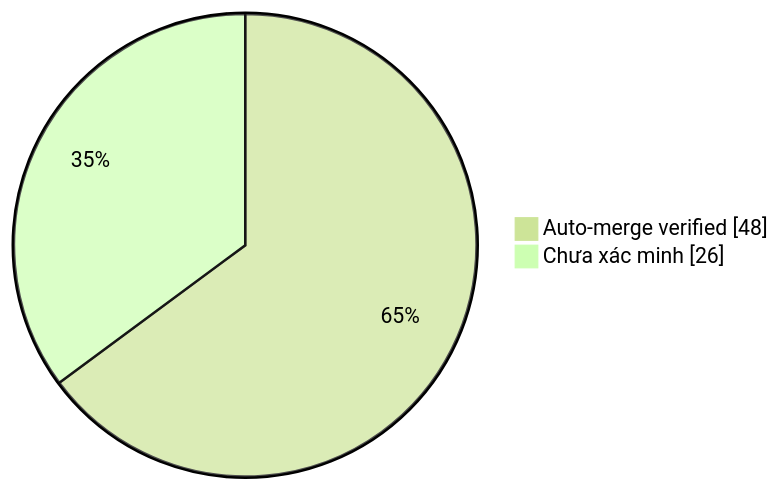
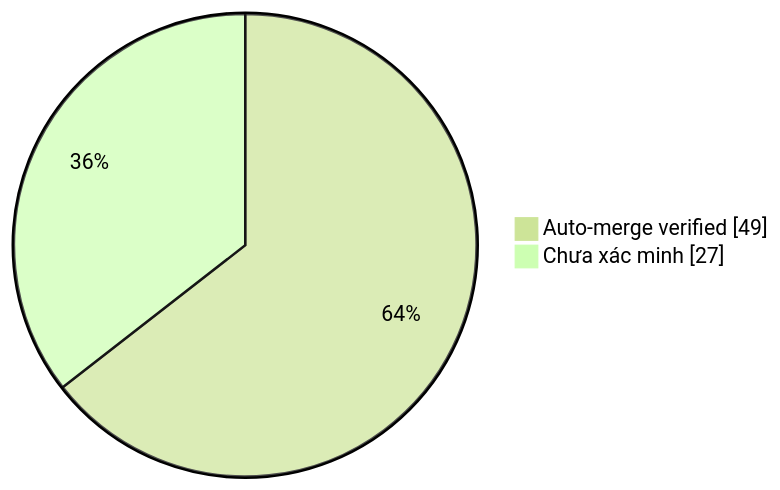
The diagram in collector.md (duykhang68/tetdinhmuiblog), drawn with Mermaid (forest theme) before and after one commit. The commit also changed other lines of this file and 1 other file, not shown here.

Commit message:
docs(collector): update auto-merge evidence dashboard

````diff
--- a/collector.md
+++ b/collector.md
@@ -22,5 +22,5 @@
 ```mermaid
 pie showData
-    "Auto-merge verified" : 48
-    "Chưa xác minh" : 26
+    "Auto-merge verified" : 49
+    "Chưa xác minh" : 27
 ```
````
